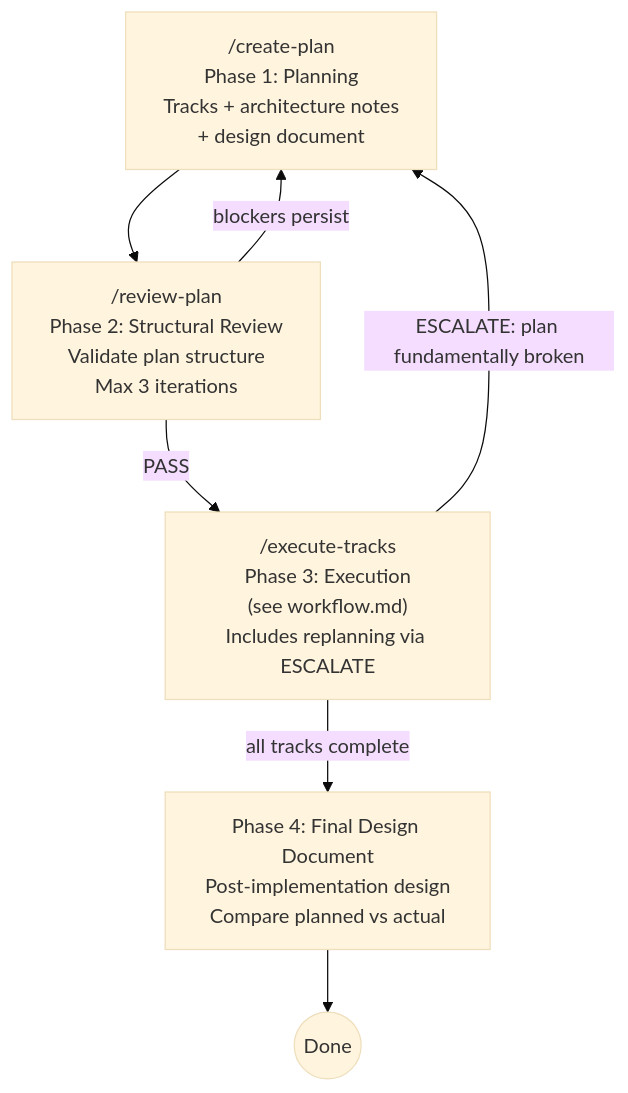
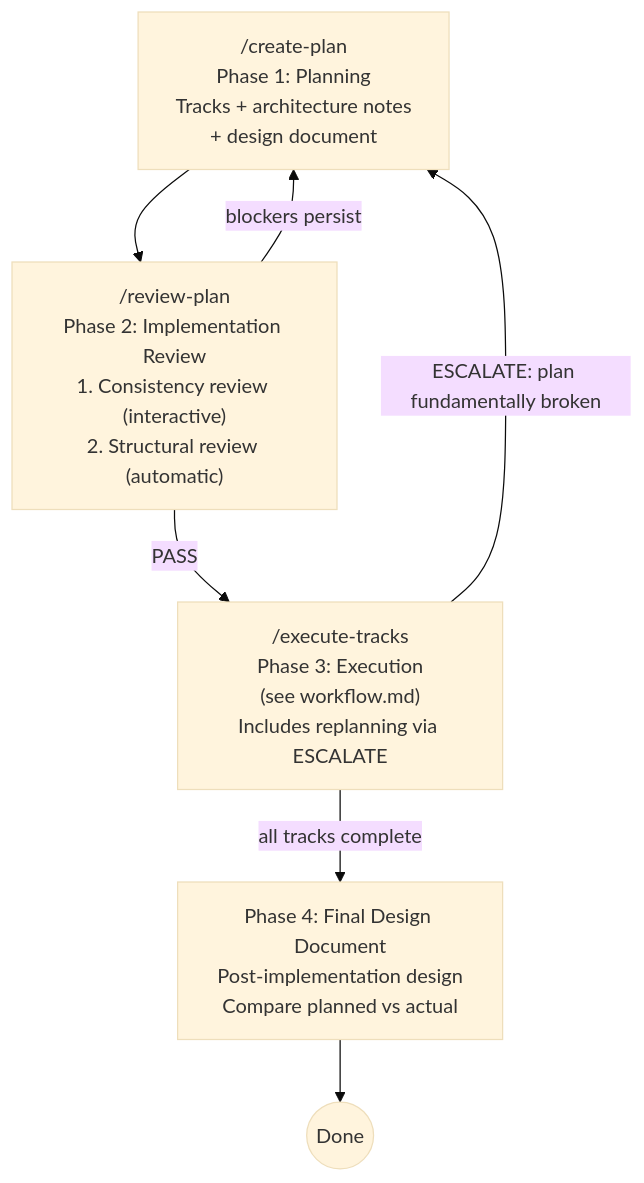
The diagram in .claude/workflow/planning.md (JetBrains/youtrackdb), drawn with Mermaid (base theme) before and after one commit. The commit also changed other lines of this file and 7 other files, not shown here.

First line of the commit message:
Add consistency review as step 1 of Phase 2 implementation review

````diff
--- a/.claude/workflow/planning.md
+++ b/.claude/workflow/planning.md
@@ -18,15 +19,15 @@
 ```mermaid
 flowchart TD
     P1["/create-plan\nPhase 1: Planning\nTracks + architecture notes\n+ design document"]
-    P2["/review-plan\nPhase 2: Structural Review\nValidate plan structure\nMax 3 iterations"]
+    P2["/review-plan\nPhase 2: Implementation Review\n1. Consistency review (interactive)\n2. Structural review (automatic)"]
     P3["/execute-tracks\nPhase 3: Execution\n(see workflow.md)\nIncludes replanning via ESCALATE"]
     P4["Phase 4: Final Design Document\nPost-implementation design\nCompare planned vs actual"]
     DONE((Done))
 
     P1 --> P2
     P2 -->|PASS| P3
     P2 -->|blockers persist| P1
     P3 -->|all tracks complete| P4
     P3 -->|ESCALATE: plan fundamentally broken| P1
     P4 --> DONE
 ```
````
